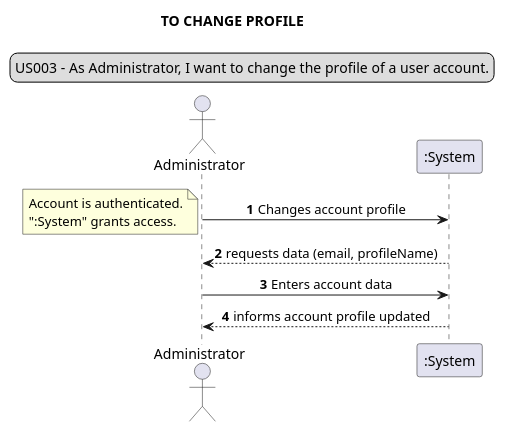
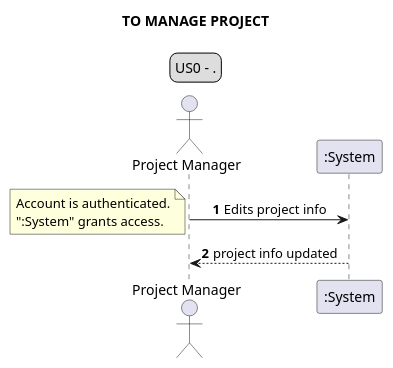
One commit to Loracline/project_switch_22-23 changed the third of 23 diagrams in docs/requirements_gathering/system_sequence_diagrams/systemSequenceDiagram.puml. Above: the diagram before and after it, drawn with PlantUML. The commit also changed other lines of this file and 23 other files, not shown here.

```diff
--- a/docs/requirements_gathering/system_sequence_diagrams/systemSequenceDiagram.puml
+++ b/docs/requirements_gathering/system_sequence_diagrams/systemSequenceDiagram.puml
@@ -38,17 +33,15 @@
 @startuml
+legend top
+US0 - .
+end legend
 skinparam sequenceMessageAlign center
-title TO CHANGE PROFILE
-legend top
-US003 - As Administrator, I want to change the profile of a user account.
-end legend
-actor Administrator
+title TO MANAGE PROJECT
+actor "Project Manager" as PM
 autonumber
-Administrator -> ":System": Changes account profile
+PM -> ":System": Edits project info
 note left
 Account is authenticated.
 ":System" grants access.
 end note
-":System" --> Administrator: requests data (email, profileName)
-Administrator -> ":System": Enters account data
-":System" --> Administrator: informs account profile updated
+PM <-- ":System": project info updated
 @enduml
```
